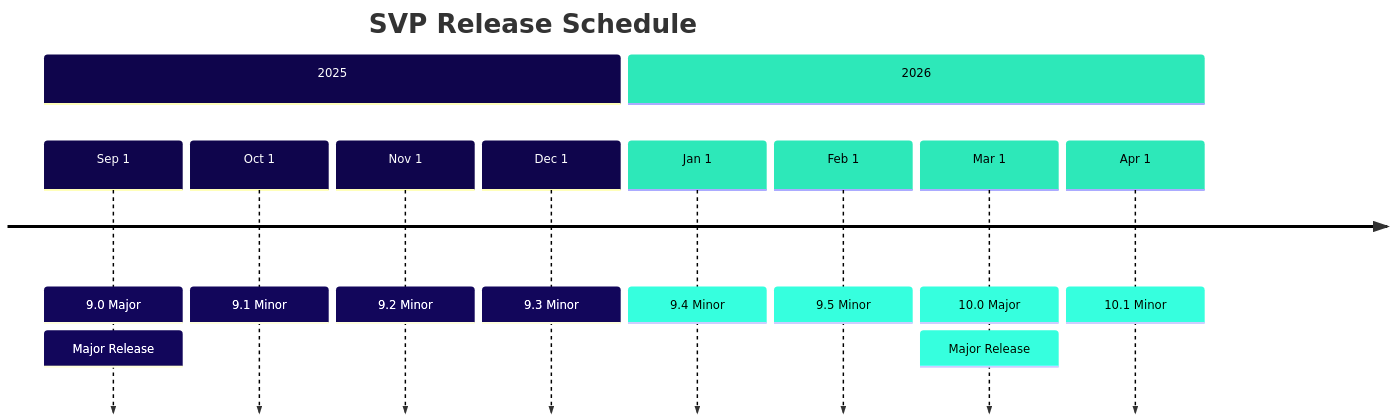
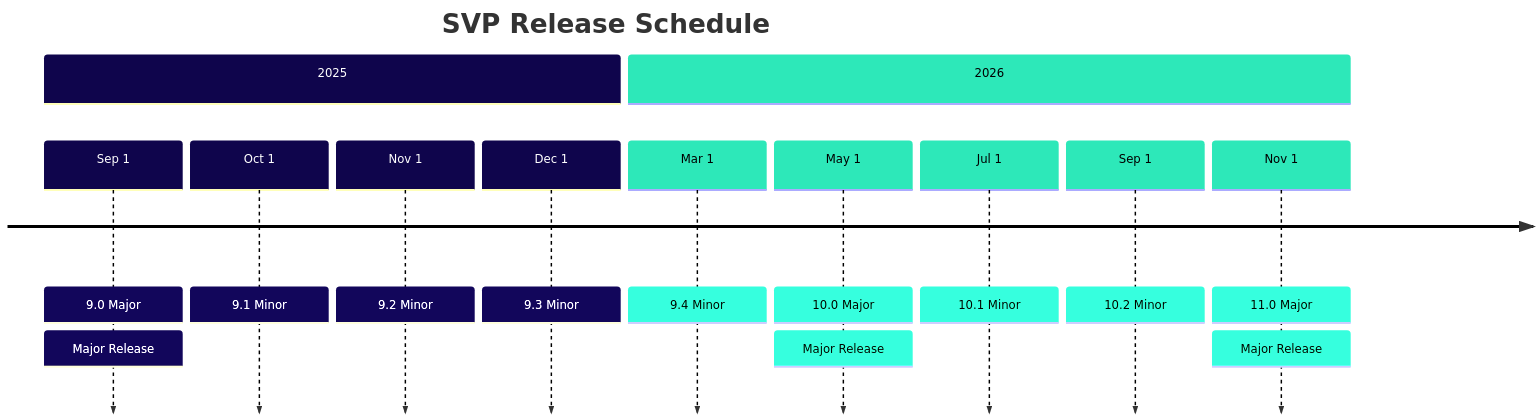
Before and after one commit to sequentech/step: the first of 4 diagrams in docs/docusaurus/docs/05-reference/03-product_lifecycle_and_release_cadence.md, drawn with Mermaid. The commit also changed other lines of this file, not shown here.

````diff
--- a/docs/docusaurus/docs/05-reference/03-product_lifecycle_and_release_cadence.md
+++ b/docs/docusaurus/docs/05-reference/03-product_lifecycle_and_release_cadence.md
@@ -120,26 +113,27 @@
 ```mermaid
 ---
 config:
     theme: 'default'
     themeVariables:
         cScale0: '#0f054c'
         cScale1: '#2de8b9'
     themeCSS: " \n
         .timeline-node tspan { font-size: 24px; }
     "
 ---
 timeline
     title SVP Release Schedule
     
     section 2025
         Sep 1 : 9.0 Major : Major Release
         Oct 1 : 9.1 Minor
         Nov 1 : 9.2 Minor
         Dec 1 : 9.3 Minor
-    
+
     section 2026
-        Jan 1 : 9.4 Minor
-        Feb 1 : 9.5 Minor
-        Mar 1 : 10.0 Major : Major Release
-        Apr 1 : 10.1 Minor
+        Mar 1 : 9.4 Minor
+        May 1 : 10.0 Major : Major Release
+        Jul 1 : 10.1 Minor
+        Sep 1 : 10.2 Minor
+        Nov 1 : 11.0 Major : Major Release
 ```
````
